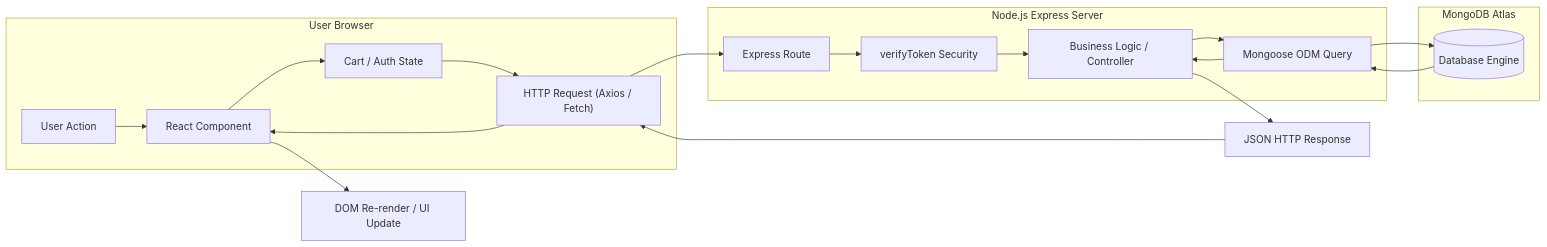
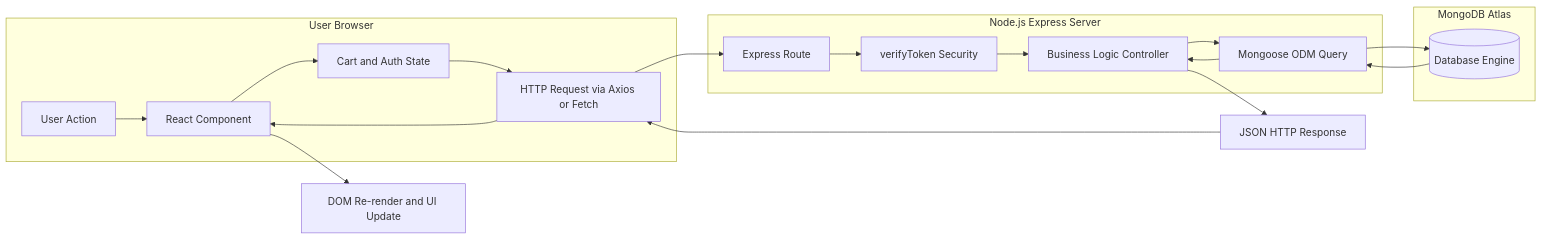
The fifth of 6 diagrams in PROJECT_INTERVIEW_GUIDE.md (ShreshthTarwey/teer-brand-ecommerce), drawn with Mermaid before and after one commit. The commit also changed other lines of this file, not shown here.

````diff
--- a/PROJECT_INTERVIEW_GUIDE.md
+++ b/PROJECT_INTERVIEW_GUIDE.md
@@ -1099,26 +1099,26 @@
 ```mermaid
 flowchart LR
     subgraph Browser ["User Browser"]
         U["User Action"] --> C["React Component"]
-        C --> S["Cart / Auth State"]
-        S --> H["HTTP Request (Axios / Fetch)"]
+        C --> S["Cart and Auth State"]
+        S --> H["HTTP Request via Axios or Fetch"]
     end
 
     subgraph Server ["Node.js Express Server"]
         H --> R["Express Route"]
         R --> M["verifyToken Security"]
-        M --> L["Business Logic / Controller"]
+        M --> L["Business Logic Controller"]
         L --> Q["Mongoose ODM Query"]
     end
 
     subgraph Database ["MongoDB Atlas"]
         Q --> DB[("Database Engine")]
         DB --> Q
     end
 
     Q --> L
     L --> RES["JSON HTTP Response"]
     RES --> H
     H --> C
-    C --> V["DOM Re-render / UI Update"]
+    C --> V["DOM Re-render and UI Update"]
 ```
````
